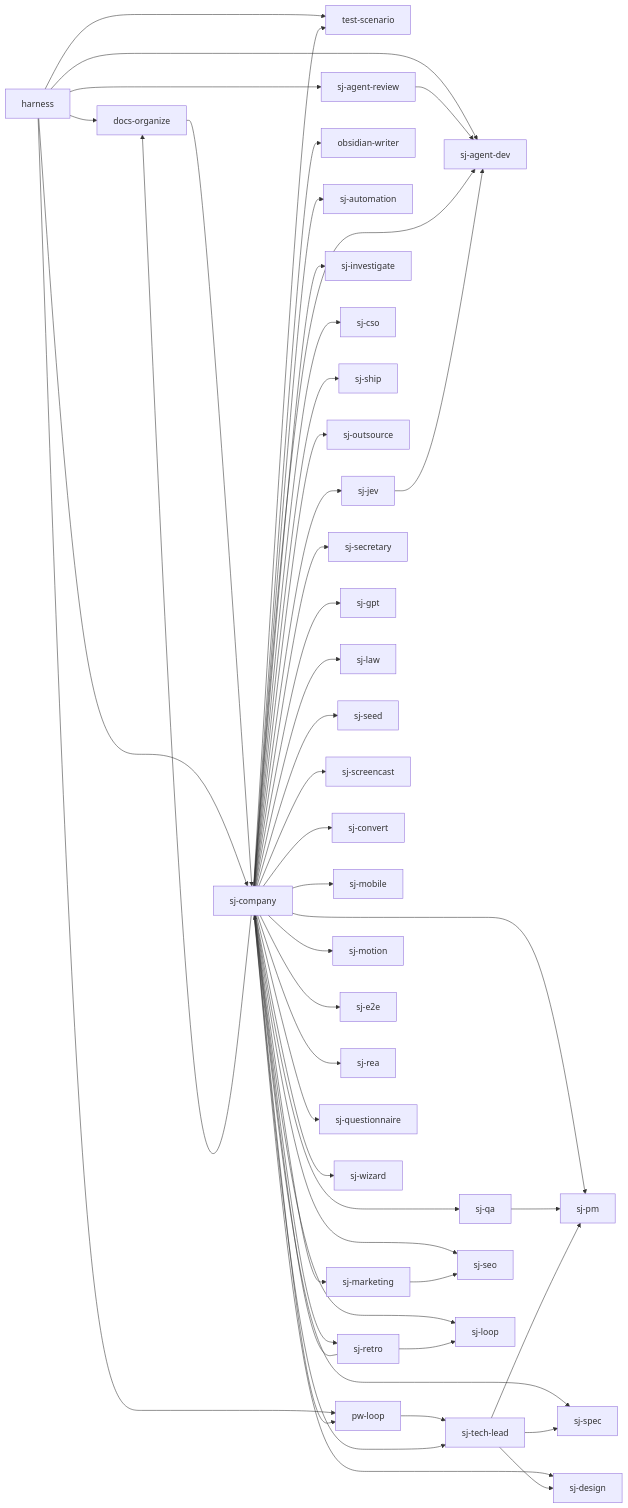
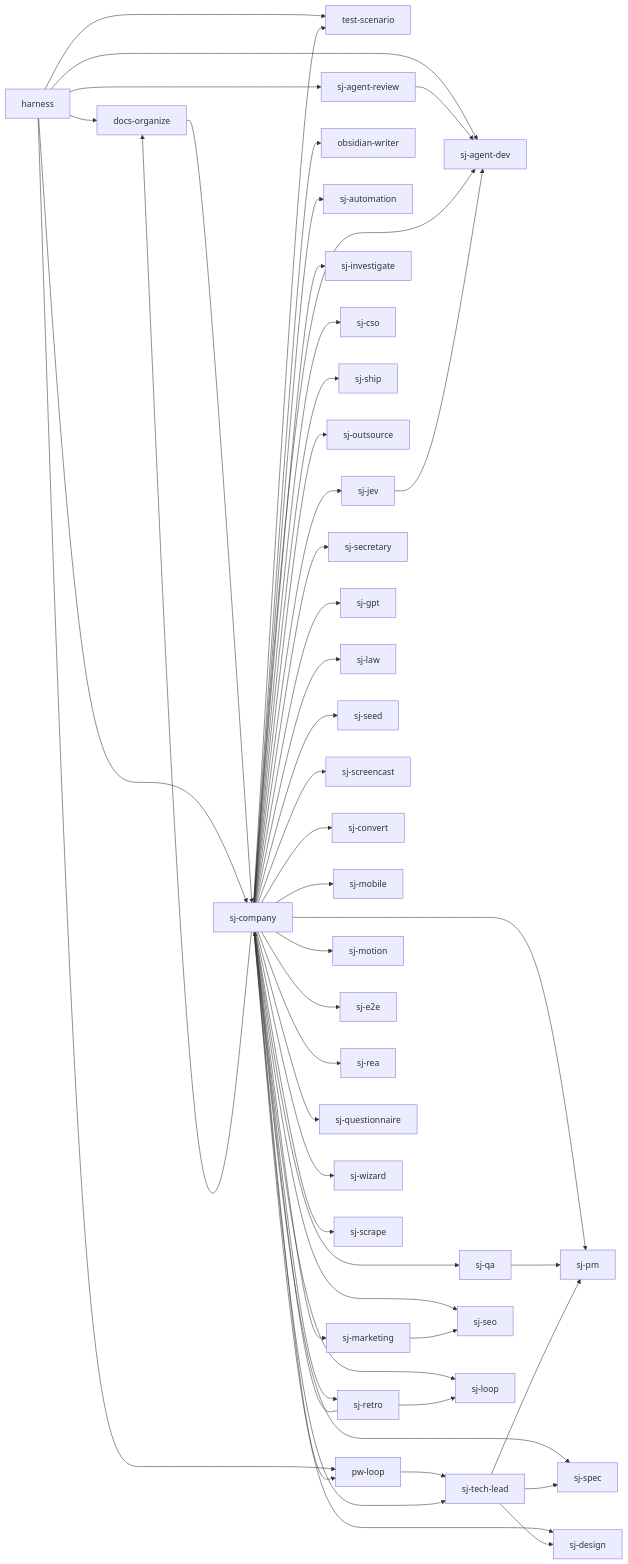
The diagram in docs/FEATURE-MAP.md (s0613/S-skills), drawn with Mermaid before and after one commit. The commit also changed other lines of this file and 40 other files, not shown here.

````diff
--- a/docs/FEATURE-MAP.md
+++ b/docs/FEATURE-MAP.md
@@ -6,52 +6,53 @@
 ```mermaid
 flowchart LR
   F01[docs-organize] --> F08[sj-company]
   F02[harness] --> F01
   F02 --> F26[test-scenario]
   F02 --> F04[pw-loop]
   F02 --> F08
   F02 --> F06[sj-agent-review]
   F02 --> F05[sj-agent-dev]
   F04 --> F25[sj-tech-lead]
   F06 --> F05
   F08 --> F18[sj-pm]
   F08 --> F25
   F08 --> F19[sj-qa]
   F08 --> F03[obsidian-writer]
   F08 --> F07[sj-automation]
   F08 --> F22[sj-seo]
   F08 --> F16[sj-marketing]
   F08 --> F24[sj-spec]
   F08 --> F13[sj-investigate]
   F08 --> F05
   F08 --> F09[sj-cso]
   F08 --> F23[sj-ship]
   F08 --> F17[sj-outsource]
   F08 --> F20[sj-retro]
   F08 --> F10[sj-design]
   F08 --> F21[sj-secretary]
   F08 --> F26
   F08 --> F04
   F08 --> F01
   F08 --> F15[sj-loop]
   F08 --> F12[sj-gpt]
   F08 --> F14[sj-law]
   F08 --> F27[sj-seed]
   F08 --> F28[sj-screencast]
   F08 --> F29[sj-convert]
   F08 --> F32[sj-mobile]
   F08 --> F33[sj-jev]
   F33 --> F05
   F08 --> F34[sj-motion]
   F08 --> F35[sj-e2e]
   F08 --> F36[sj-rea]
   F08 --> F37[sj-questionnaire]
   F08 --> F38[sj-wizard]
+  F08 --> F40[sj-scrape]
   F16 --> F22
   F19 --> F18
   F20 --> F08
   F20 --> F15
   F25 --> F18
   F25 --> F24
   F25 --> F10
 ```
````
